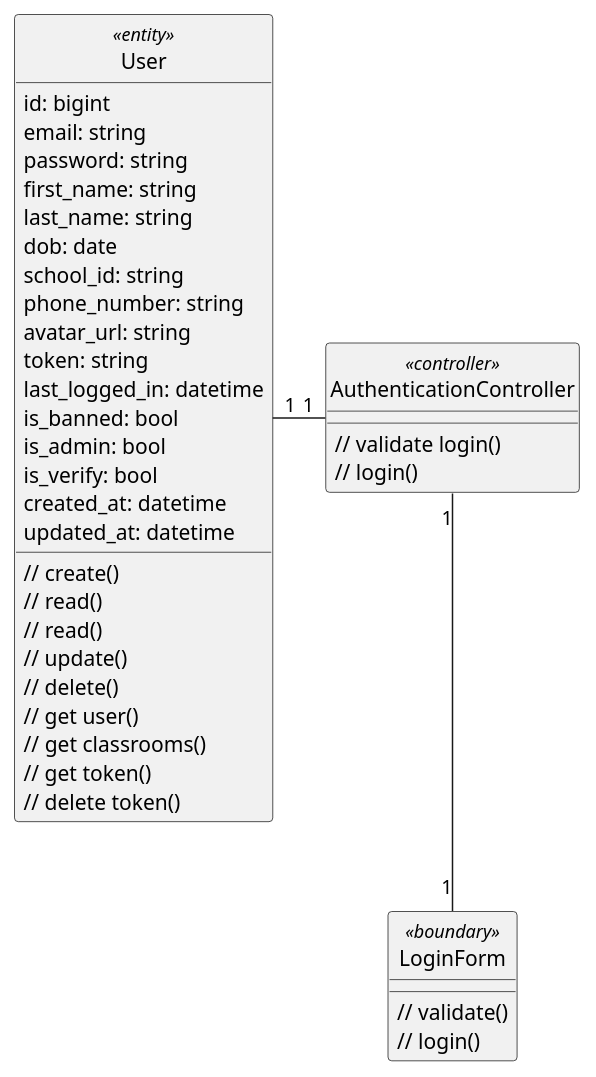
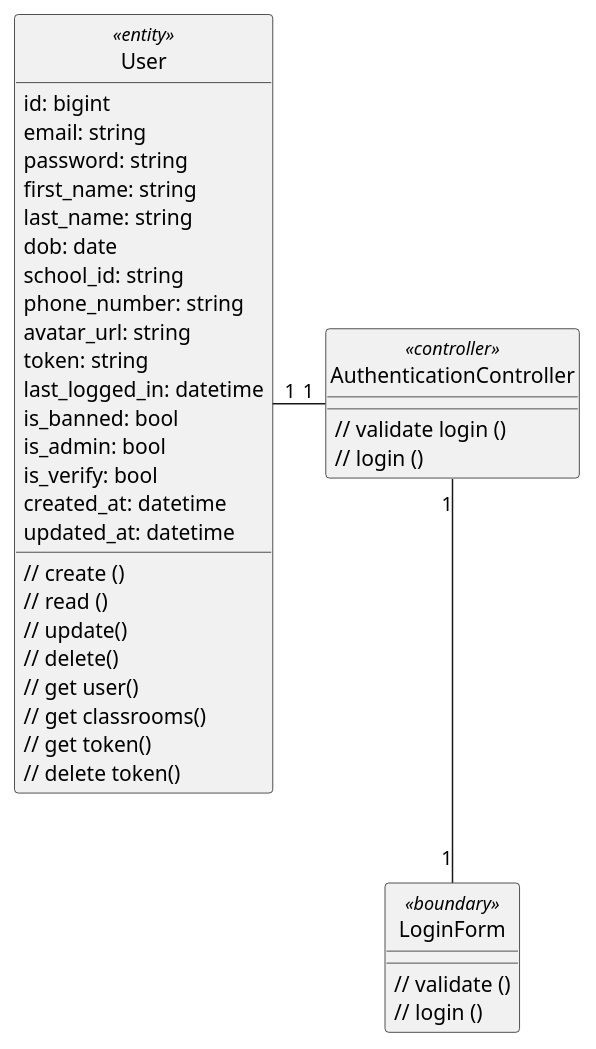
Before and after one commit to anonyhostvn/OOAD-Diagram: the diagram in class - analysis/authentication/login.plantuml, drawn with PlantUML. The commit also changed 6 other files, not shown here.

```diff
--- a/class - analysis/authentication/login.plantuml
+++ b/class - analysis/authentication/login.plantuml
@@ -1,51 +1,50 @@
 @startuml login
 
 class User <<entity>> {
     id: bigint
     email: string
     password: string
     first_name: string
     last_name: string
     dob: date
     school_id: string
     phone_number: string
     avatar_url: string
     token: string
     last_logged_in: datetime
     is_banned: bool
     is_admin: bool
     is_verify: bool
     created_at: datetime
     updated_at: datetime
 
-    // create()
-    // read()
-    // read()
+    // create ()
+    // read ()
     // update()
     // delete()
     // get user()
     // get classrooms()
     // get token()
     // delete token()
 }
 
 class LoginForm <<boundary>> {
-    // validate()
-    // login()
+    // validate ()
+    // login ()
 }
 
 class AuthenticationController <<controller>> {
-    // validate login()
-    // login()
+    // validate login ()
+    // login ()
 }
 
 hide User <<entity>> circle
 hide LoginForm <<boundary>> circle
 hide AuthenticationController <<controller>> circle
 
 AuthenticationController "1" -left- "1" User
 AuthenticationController "1" -down- "1" LoginForm
 
 
 
 @enduml
```
